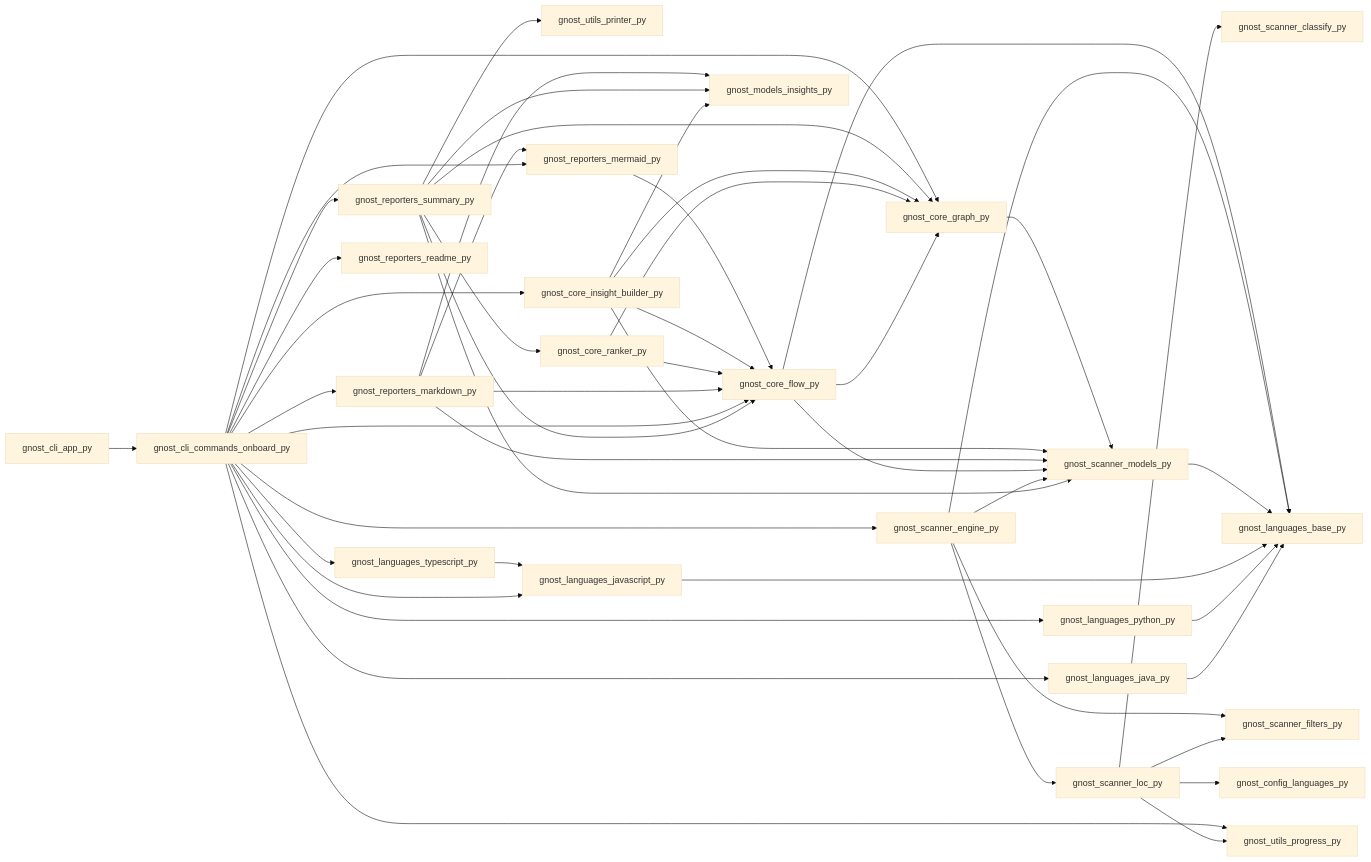
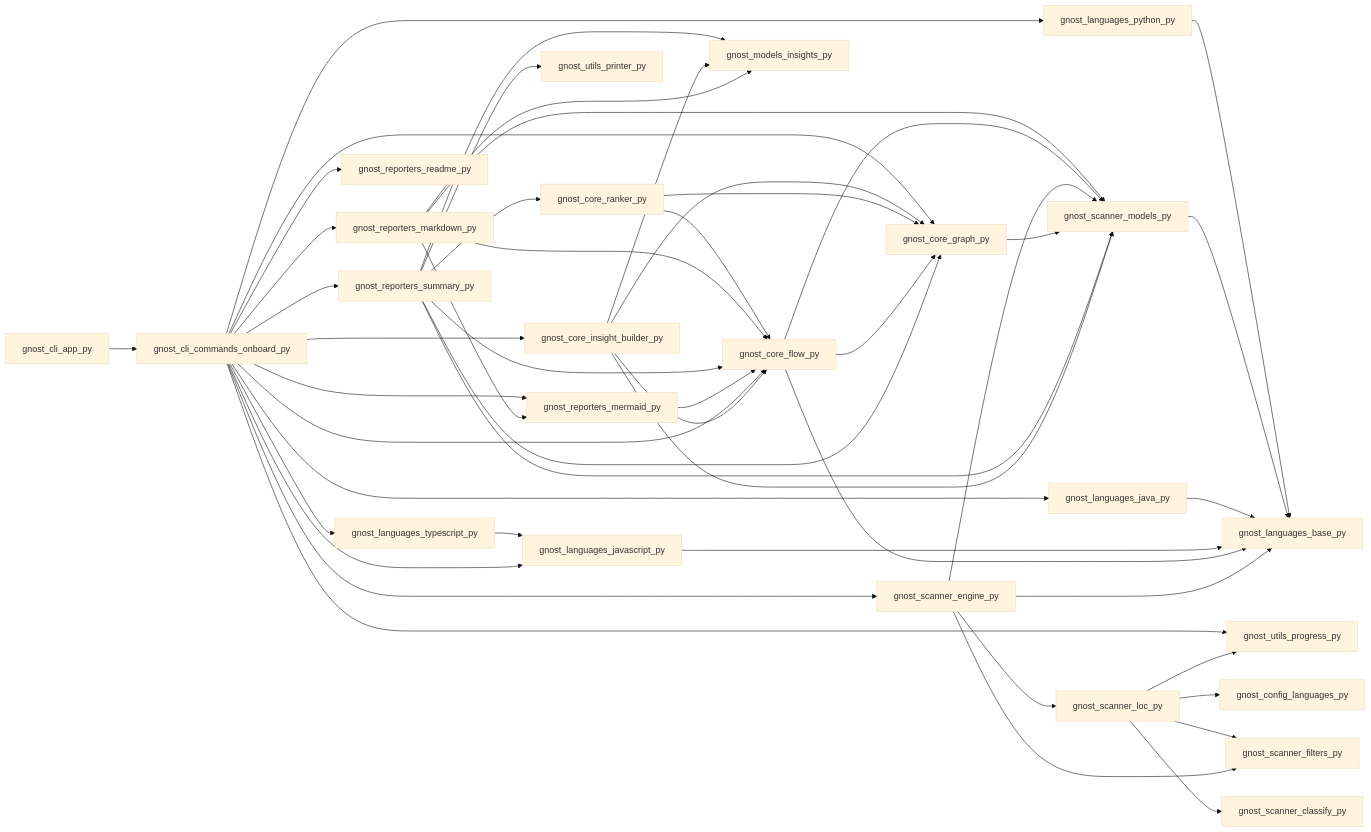
The fifth of 26 diagrams in flow/folder-paths.md (mohdzain98/gnost), drawn with Mermaid (base theme) before and after one commit. The commit also changed other lines of this file and 6 other files, not shown here.

````diff
--- a/flow/folder-paths.md
+++ b/flow/folder-paths.md
@@ -197,51 +197,51 @@
 ```mermaid
 flowchart LR
+  gnost_core_insight_builder_py --> gnost_core_flow_py
+  gnost_scanner_engine_py --> gnost_languages_base_py
+  gnost_cli_commands_onboard_py --> gnost_reporters_summary_py
+  gnost_cli_commands_onboard_py --> gnost_languages_java_py
+  gnost_scanner_engine_py --> gnost_scanner_loc_py
+  gnost_cli_commands_onboard_py --> gnost_core_flow_py
+  gnost_reporters_mermaid_py --> gnost_core_flow_py
+  gnost_core_insight_builder_py --> gnost_scanner_models_py
+  gnost_reporters_markdown_py --> gnost_reporters_mermaid_py
   gnost_reporters_summary_py --> gnost_utils_printer_py
+  gnost_reporters_summary_py --> gnost_core_ranker_py
+  gnost_reporters_summary_py --> gnost_core_graph_py
+  gnost_reporters_summary_py --> gnost_core_flow_py
+  gnost_scanner_engine_py --> gnost_scanner_filters_py
+  gnost_cli_commands_onboard_py --> gnost_languages_javascript_py
+  gnost_reporters_summary_py --> gnost_scanner_models_py
+  gnost_core_flow_py --> gnost_languages_base_py
+  gnost_cli_commands_onboard_py --> gnost_reporters_mermaid_py
+  gnost_scanner_loc_py --> gnost_utils_progress_py
+  gnost_languages_javascript_py --> gnost_languages_base_py
   gnost_cli_app_py --> gnost_cli_commands_onboard_py
-  gnost_cli_commands_onboard_py --> gnost_languages_javascript_py
+  gnost_core_graph_py --> gnost_scanner_models_py
+  gnost_languages_java_py --> gnost_languages_base_py
+  gnost_cli_commands_onboard_py --> gnost_utils_progress_py
+  gnost_cli_commands_onboard_py --> gnost_core_insight_builder_py
+  gnost_reporters_markdown_py --> gnost_models_insights_py
+  gnost_scanner_engine_py --> gnost_scanner_models_py
+  gnost_cli_commands_onboard_py --> gnost_reporters_readme_py
+  gnost_core_insight_builder_py --> gnost_models_insights_py
   gnost_core_flow_py --> gnost_core_graph_py
+  gnost_cli_commands_onboard_py --> gnost_languages_python_py
+  gnost_scanner_loc_py --> gnost_scanner_filters_py
+  gnost_scanner_models_py --> gnost_languages_base_py
+  gnost_cli_commands_onboard_py --> gnost_languages_typescript_py
   gnost_cli_commands_onboard_py --> gnost_reporters_markdown_py
-  gnost_reporters_summary_py --> gnost_scanner_models_py
-  gnost_cli_commands_onboard_py --> gnost_reporters_summary_py
-  gnost_scanner_loc_py --> gnost_scanner_classify_py
-  gnost_reporters_summary_py --> gnost_core_flow_py
-  gnost_cli_commands_onboard_py --> gnost_languages_python_py
-  gnost_languages_java_py --> gnost_languages_base_py
+  gnost_cli_commands_onboard_py --> gnost_scanner_engine_py
   gnost_core_ranker_py --> gnost_core_graph_py
-  gnost_cli_commands_onboard_py --> gnost_languages_typescript_py
-  gnost_languages_typescript_py --> gnost_languages_javascript_py
-  gnost_core_insight_builder_py --> gnost_models_insights_py
-  gnost_scanner_loc_py --> gnost_scanner_filters_py
-  gnost_cli_commands_onboard_py --> gnost_core_insight_builder_py
-  gnost_reporters_summary_py --> gnost_core_ranker_py
-  gnost_cli_commands_onboard_py --> gnost_core_flow_py
+  gnost_reporters_markdown_py --> gnost_core_flow_py
+  gnost_scanner_loc_py --> gnost_config_languages_py
   gnost_languages_python_py --> gnost_languages_base_py
-  gnost_languages_javascript_py --> gnost_languages_base_py
-  gnost_cli_commands_onboard_py --> gnost_reporters_mermaid_py
-  gnost_core_insight_builder_py --> gnost_core_graph_py
-  gnost_scanner_engine_py --> gnost_scanner_models_py
   gnost_reporters_summary_py --> gnost_models_insights_py
   gnost_core_flow_py --> gnost_scanner_models_py
-  gnost_scanner_engine_py --> gnost_scanner_loc_py
-  gnost_scanner_loc_py --> gnost_utils_progress_py
-  gnost_cli_commands_onboard_py --> gnost_scanner_engine_py
+  gnost_core_insight_builder_py --> gnost_core_graph_py
+  gnost_scanner_loc_py --> gnost_scanner_classify_py
   gnost_reporters_markdown_py --> gnost_scanner_models_py
-  gnost_cli_commands_onboard_py --> gnost_languages_java_py
-  gnost_scanner_models_py --> gnost_languages_base_py
-  gnost_reporters_summary_py --> gnost_core_graph_py
-  gnost_scanner_loc_py --> gnost_config_languages_py
-  gnost_reporters_markdown_py --> gnost_core_flow_py
+  gnost_languages_typescript_py --> gnost_languages_javascript_py
   gnost_core_ranker_py --> gnost_core_flow_py
-  gnost_scanner_engine_py --> gnost_scanner_filters_py
-  gnost_reporters_markdown_py --> gnost_reporters_mermaid_py
-  gnost_scanner_engine_py --> gnost_languages_base_py
   gnost_cli_commands_onboard_py --> gnost_core_graph_py
-  gnost_core_flow_py --> gnost_languages_base_py
-  gnost_cli_commands_onboard_py --> gnost_utils_progress_py
-  gnost_core_insight_builder_py --> gnost_scanner_models_py
-  gnost_core_insight_builder_py --> gnost_core_flow_py
-  gnost_reporters_markdown_py --> gnost_models_insights_py
-  gnost_cli_commands_onboard_py --> gnost_reporters_readme_py
-  gnost_core_graph_py --> gnost_scanner_models_py
-  gnost_reporters_mermaid_py --> gnost_core_flow_py
 ```
````
